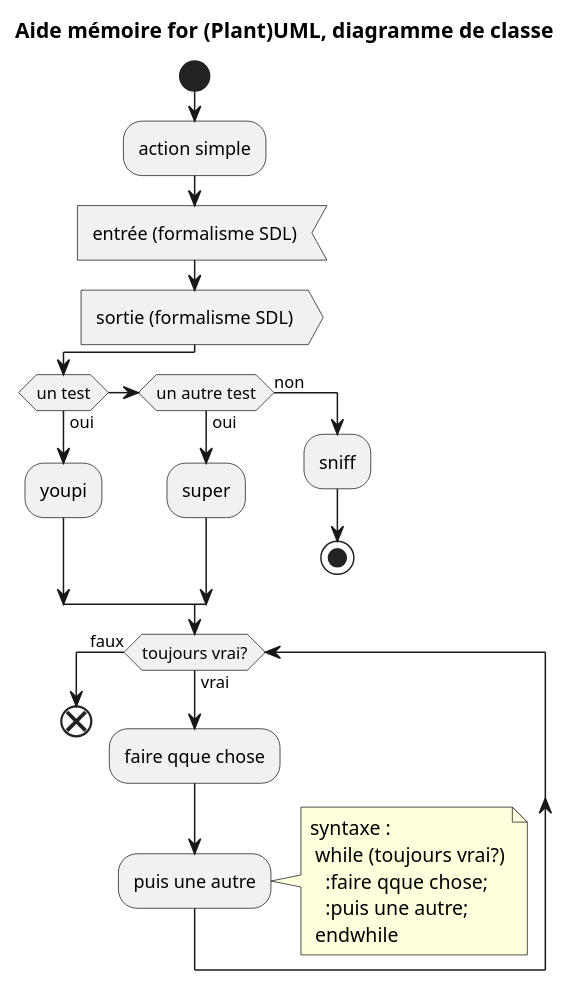
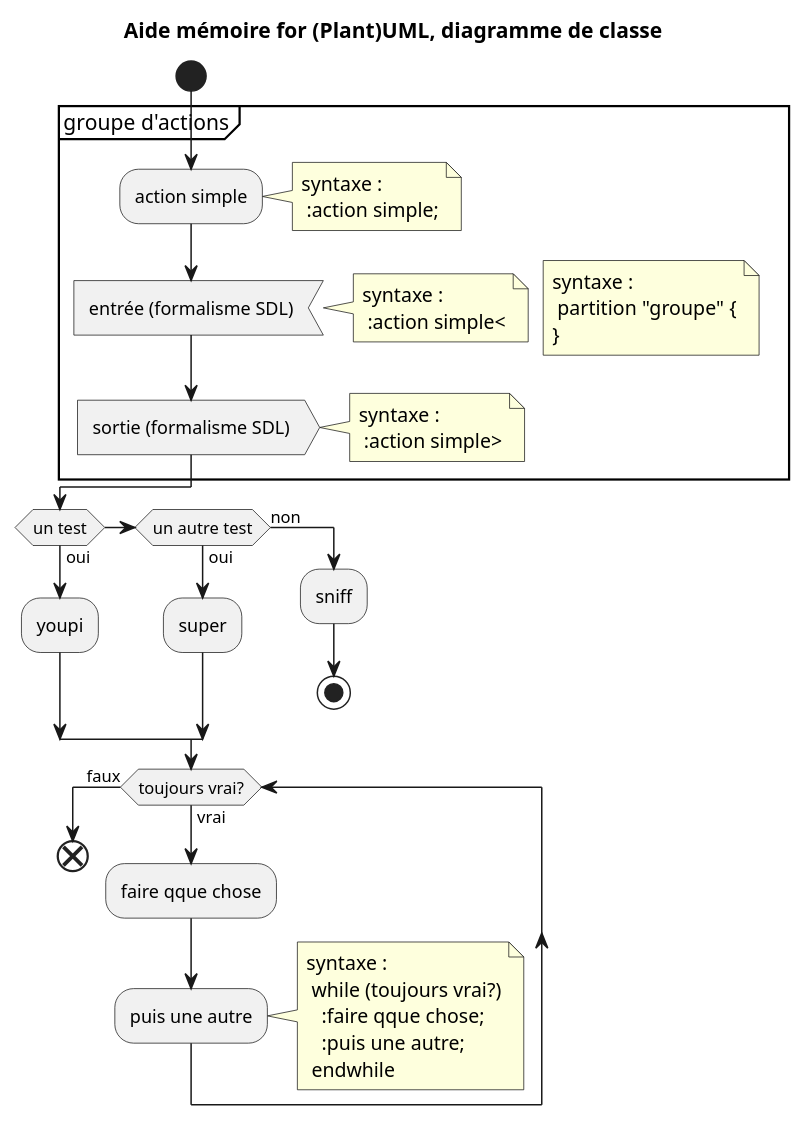
Before and after one commit to nbossard/plantuml_demo: the diagram in slides/memo_uml_act.pu, drawn with PlantUML. The commit also changed 11 other files, not shown here.

```diff
--- a/slides/memo_uml_act.pu
+++ b/slides/memo_uml_act.pu
@@ -1,43 +1,49 @@
 @startuml
 
     title Aide mémoire for (Plant)UML, diagramme de classe
 
     start
 
-    :action simple;
-    :entrée (formalisme SDL)<
-    :sortie (formalisme SDL)>
+    partition "groupe d'actions" {
+        note right : syntaxe : \n partition "groupe" {\n}
+        :action simple;
+        note right : syntaxe : \n :action simple;
+        :entrée (formalisme SDL)<
+        note right : syntaxe : \n :action simple<
+        :sortie (formalisme SDL)>
+        note right : syntaxe : \n :action simple>
+    }
 
     if (un test) then (oui)
       :youpi;
     elseif (un autre test) then (oui)
       :super;
     else (non)
       :sniff;
       stop
     endif
     note right
         syntaxe :
          if (un test) then (oui)
          else (non)
          endif
     end note
 
 
     while (toujours vrai?) is (vrai)
       :faire qque chose;
       :puis une autre;
     endwhile (faux)
 
     note right
         syntaxe :
          while (toujours vrai?)
            :faire qque chose;
            :puis une autre;
          endwhile
     end note
 
     end
 
 
 @enduml
```
